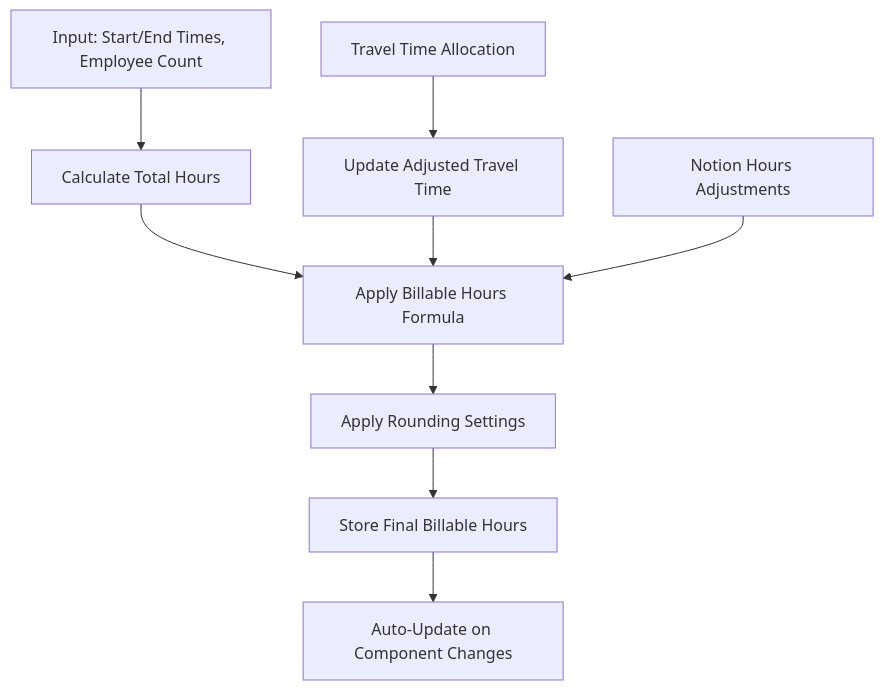
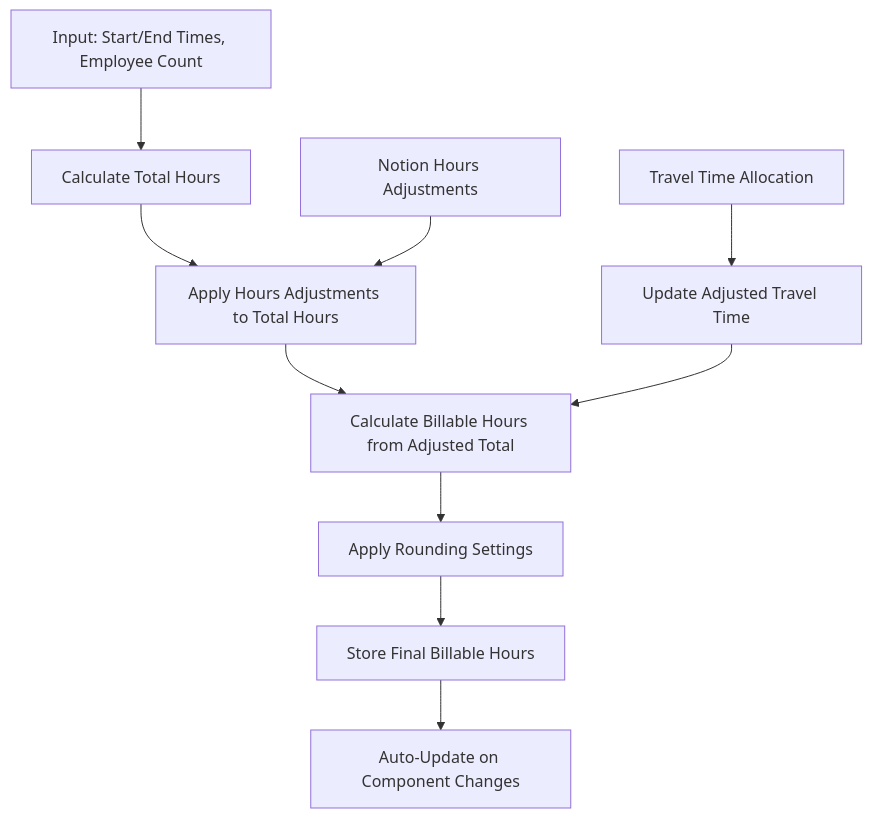
Before and after one commit to mynock/blossom-and-bough-assistant: the diagram in docs/billable-hours-calculation.md, drawn with Mermaid. The commit also changed other lines of this file and 2 other files, not shown here.

First line of the commit message:
Fix hours adjustments to modify total hours instead of billable hours

````diff
--- a/docs/billable-hours-calculation.md
+++ b/docs/billable-hours-calculation.md
@@ -158,13 +162,14 @@
 ```mermaid
 graph TD
     A[Input: Start/End Times, Employee Count] --> B[Calculate Total Hours]
-    B --> C[Apply Billable Hours Formula]
-    C --> D[Apply Rounding Settings]
-    D --> E[Store Final Billable Hours]
-    E --> F[Auto-Update on Component Changes]
+    B --> C[Apply Hours Adjustments to Total Hours]
+    C --> D[Calculate Billable Hours from Adjusted Total]
+    D --> E[Apply Rounding Settings]
+    E --> F[Store Final Billable Hours]
+    F --> G[Auto-Update on Component Changes]
     
-    G[Travel Time Allocation] --> H[Update Adjusted Travel Time]
-    H --> C
+    H[Travel Time Allocation] --> I[Update Adjusted Travel Time]
+    I --> D
     
-    I[Notion Hours Adjustments] --> C
+    J[Notion Hours Adjustments] --> C
 ```
````
